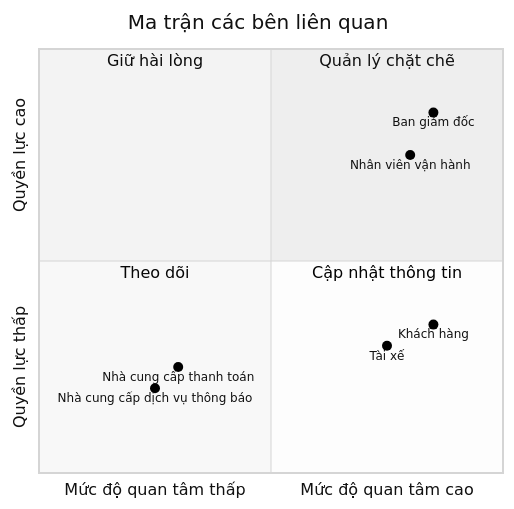
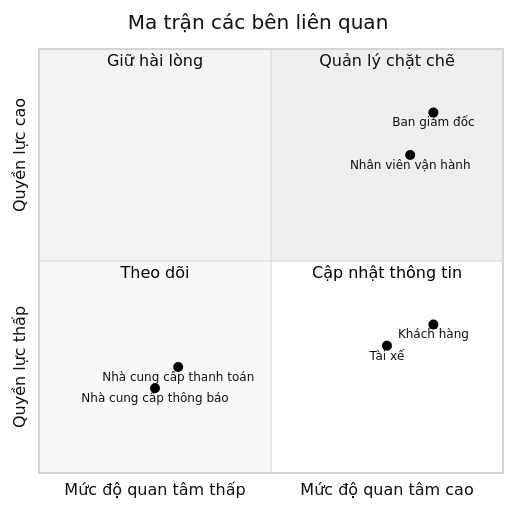
One commit to xuannguyen208/23641681_CaoXuanNguyen_cabsystem changed the first of 2 diagrams in README.md. Above: the diagram before and after it, drawn with Mermaid (neutral theme). The commit also changed other lines of this file, not shown here.

````diff
--- a/README.md
+++ b/README.md
@@ -112,20 +186,18 @@
 ```mermaid
 quadrantChart
     title Ma trận các bên liên quan
     x-axis "Mức độ quan tâm thấp" --> "Mức độ quan tâm cao"
     y-axis "Quyền lực thấp" --> "Quyền lực cao"
 
     quadrant-1 "Quản lý chặt chẽ"
     quadrant-2 "Giữ hài lòng"
     quadrant-3 "Theo dõi"
     quadrant-4 "Cập nhật thông tin"
 
     "Ban giám đốc": [0.85, 0.85]
     "Nhân viên vận hành": [0.80, 0.75]
-
     "Khách hàng": [0.85, 0.35]
     "Tài xế": [0.75, 0.30]
-
     "Nhà cung cấp thanh toán": [0.30, 0.25]
-    "Nhà cung cấp dịch vụ thông báo": [0.25, 0.20]
+    "Nhà cung cấp thông báo": [0.25, 0.20]
 ```
````
